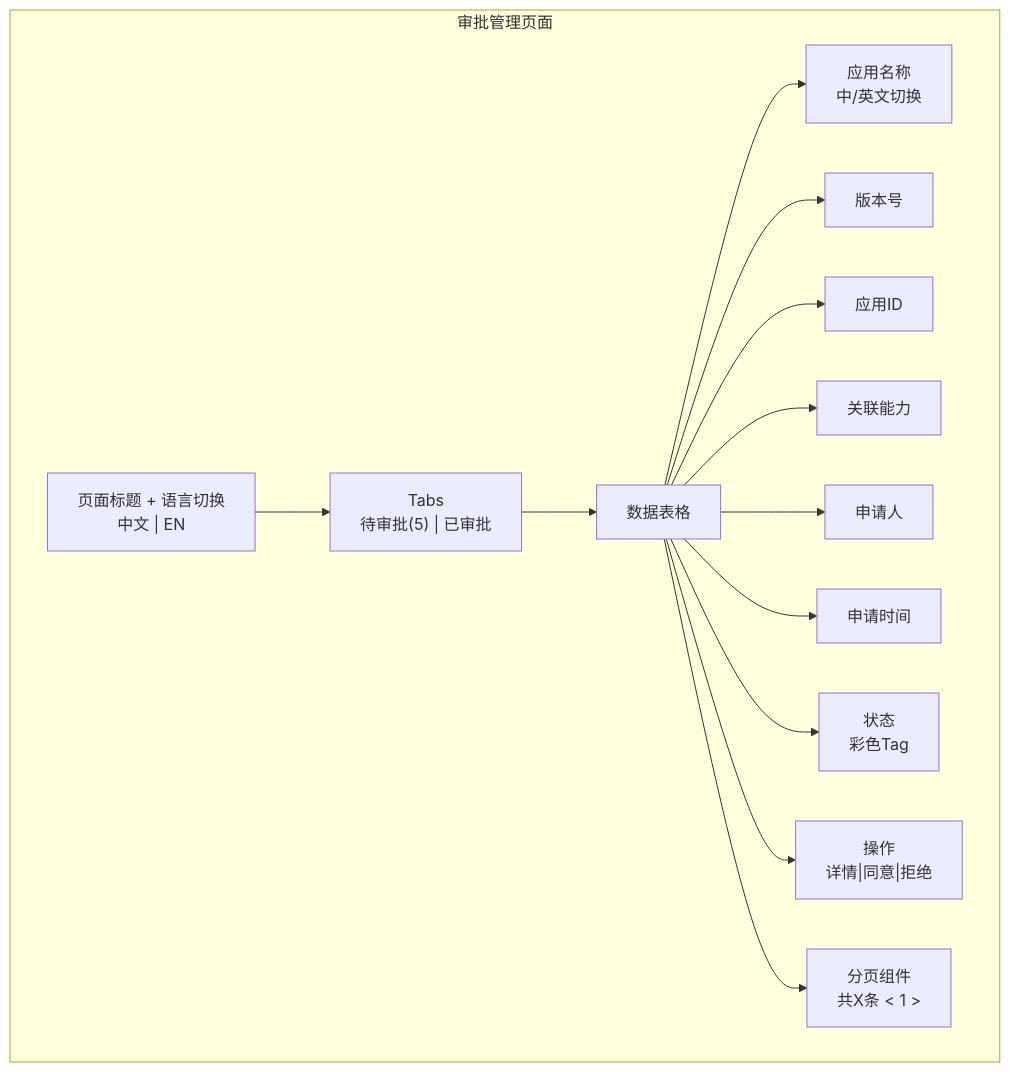
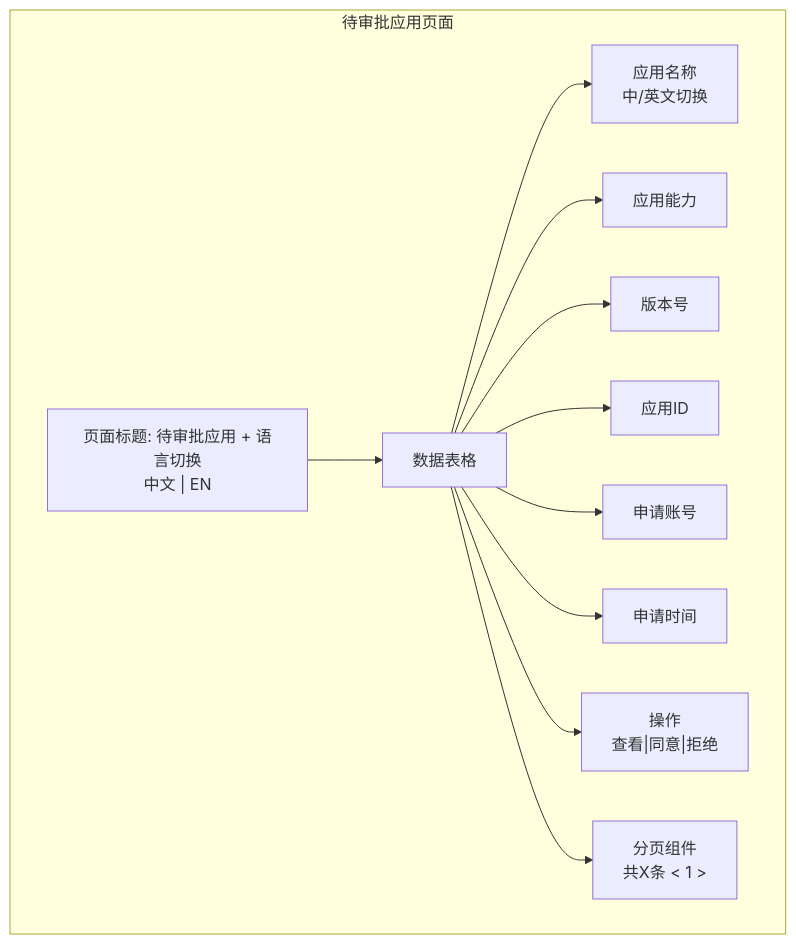
Before and after one commit to THZSummer/open-app: the seventh of 8 diagrams in docs/market-server/approval-management-requirement.md, drawn with Mermaid. The commit also changed other lines of this file and 1 other file, not shown here.

````diff
--- a/docs/market-server/approval-management-requirement.md
+++ b/docs/market-server/approval-management-requirement.md
@@ -546,29 +631,25 @@
 ```mermaid
 graph TD
-    subgraph 审批管理页面
-        header["页面标题 + 语言切换<br/>中文 | EN"]
-        tabs["Tabs<br/>待审批(5) | 已审批"]
+    subgraph 待审批应用页面
+        header["页面标题: 待审批应用 + 语言切换<br/>中文 | EN"]
         table["数据表格"]
         col1["应用名称<br/>中/英文切换"]
-        col2["版本号"]
-        col3["应用ID"]
-        col4["关联能力"]
-        col5["申请人"]
+        col2["应用能力"]
+        col3["版本号"]
+        col4["应用ID"]
+        col5["申请账号"]
         col6["申请时间"]
-        col7["状态<br/>彩色Tag"]
-        col8["操作<br/>详情|同意|拒绝"]
+        col7["操作<br/>查看|同意|拒绝"]
         pagination["分页组件<br/>共X条 &lt; 1 &gt;"]
     end
 
-    header --> tabs
-    tabs --> table
+    header --> table
     table --> col1
     table --> col2
     table --> col3
     table --> col4
     table --> col5
     table --> col6
     table --> col7
-    table --> col8
     table --> pagination
 ```
````
